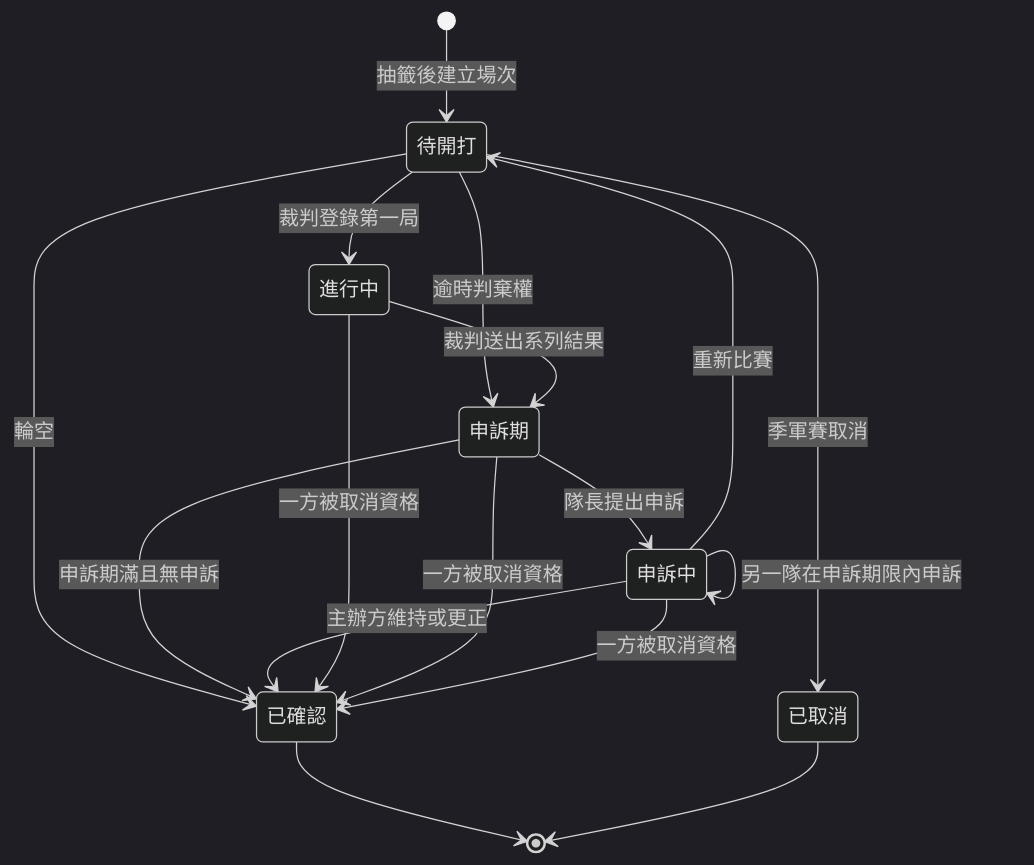
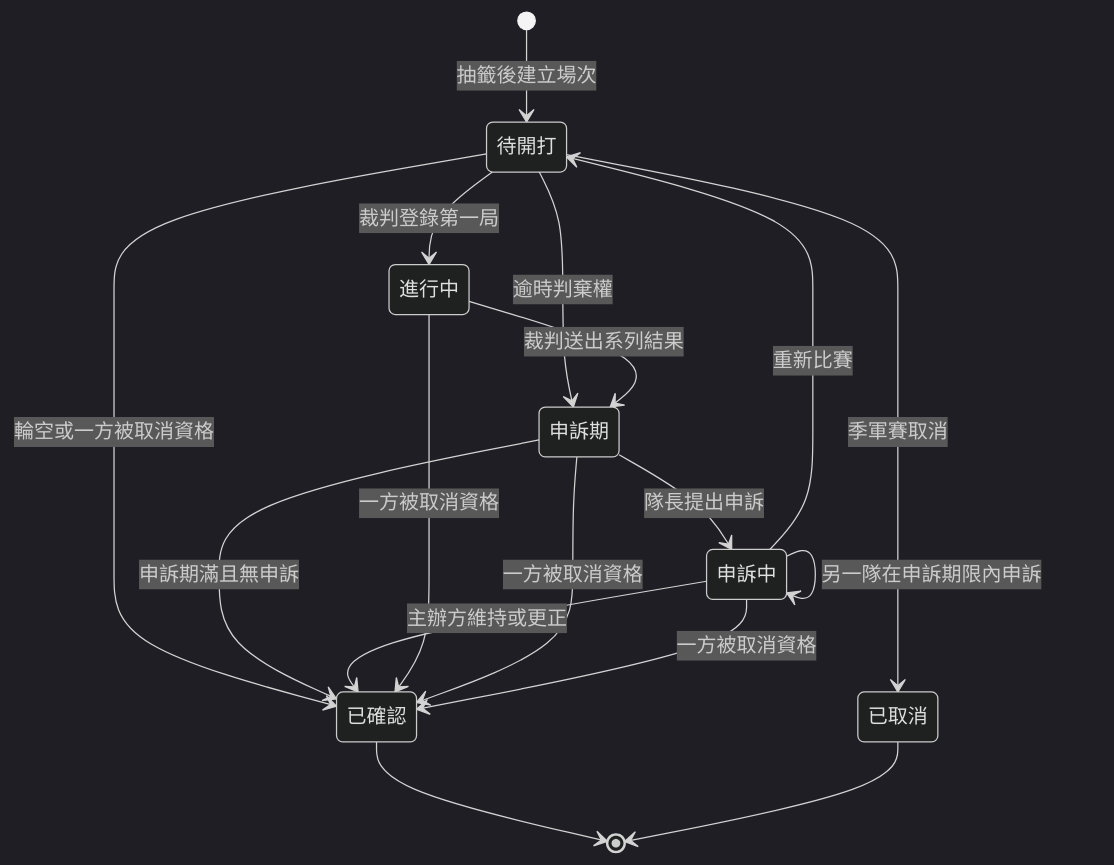
One commit to Team14good/esport-platform changed the third of 15 diagrams in docs/midterm/B-軟體需求分析文件.md. Above: the diagram before and after it, drawn with Mermaid (dark theme). The commit also changed other lines of this file and 14 other files, not shown here.

````diff
--- a/docs/midterm/B-軟體需求分析文件.md
+++ b/docs/midterm/B-軟體需求分析文件.md
@@ -602,25 +635,25 @@
 ```mermaid
 stateDiagram-v2
   state "待開打" as scheduled
   state "進行中" as live
   state "申訴期" as appeal_window
   state "申訴中" as appealed
   state "已確認" as confirmed
   state "已取消" as voided
   [*] --> scheduled : 抽籤後建立場次
   scheduled --> live : 裁判登錄第一局
   scheduled --> appeal_window : 逾時判棄權
-  scheduled --> confirmed : 輪空
+  scheduled --> confirmed : 輪空或一方被取消資格
   scheduled --> voided : 季軍賽取消
   live --> appeal_window : 裁判送出系列結果
   appeal_window --> confirmed : 申訴期滿且無申訴
   appeal_window --> appealed : 隊長提出申訴
   appealed --> appealed : 另一隊在申訴期限內申訴
   appealed --> confirmed : 主辦方維持或更正
   appealed --> scheduled : 重新比賽
   live --> confirmed : 一方被取消資格
   appeal_window --> confirmed : 一方被取消資格
   appealed --> confirmed : 一方被取消資格
   confirmed --> [*]
   voided --> [*]
 ```
````
